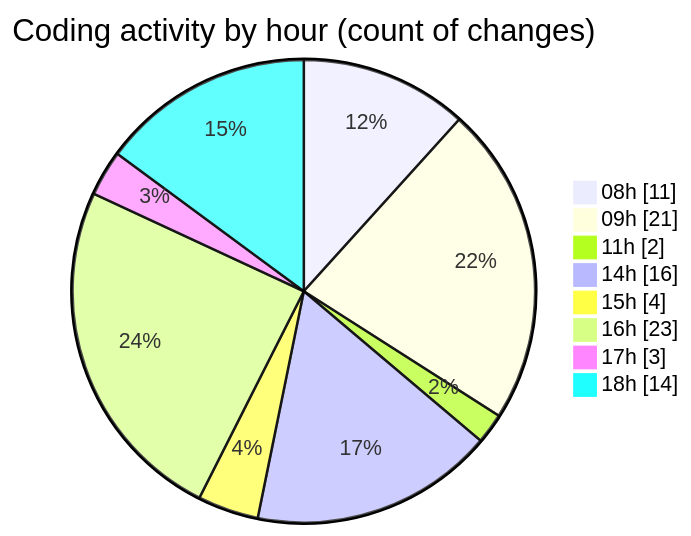
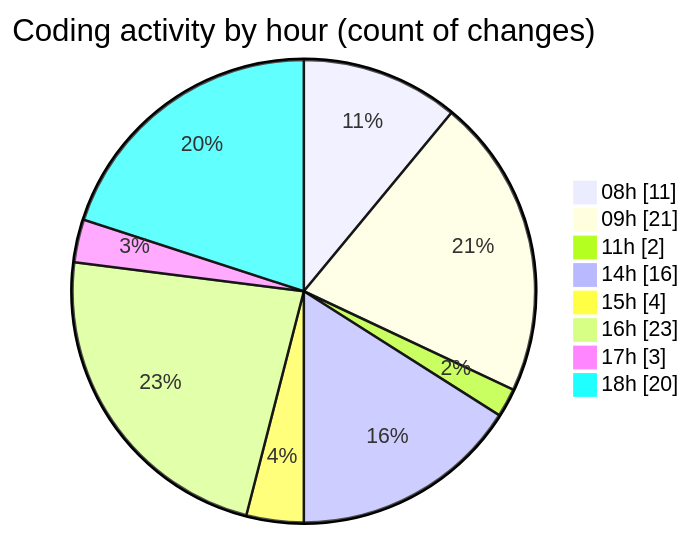
One commit to julien-gomy/code-tracking changed the second of 2 diagrams in 2025-10-13/eventscop-frontend-guide__workspace_/README.md. Above: the diagram before and after it, drawn with Mermaid. The commit also changed other lines of this file and 1 other file, not shown here.

````diff
--- a/2025-10-13/eventscop-frontend-guide__workspace_/README.md
+++ b/2025-10-13/eventscop-frontend-guide__workspace_/README.md
@@ -61,12 +62,12 @@
 ```mermaid
 pie showData
 title Coding activity by hour (count of changes)
 "08h" : 11
 "09h" : 21
 "11h" : 2
 "14h" : 16
 "15h" : 4
 "16h" : 23
 "17h" : 3
-"18h" : 14
+"18h" : 20
 ```
````
